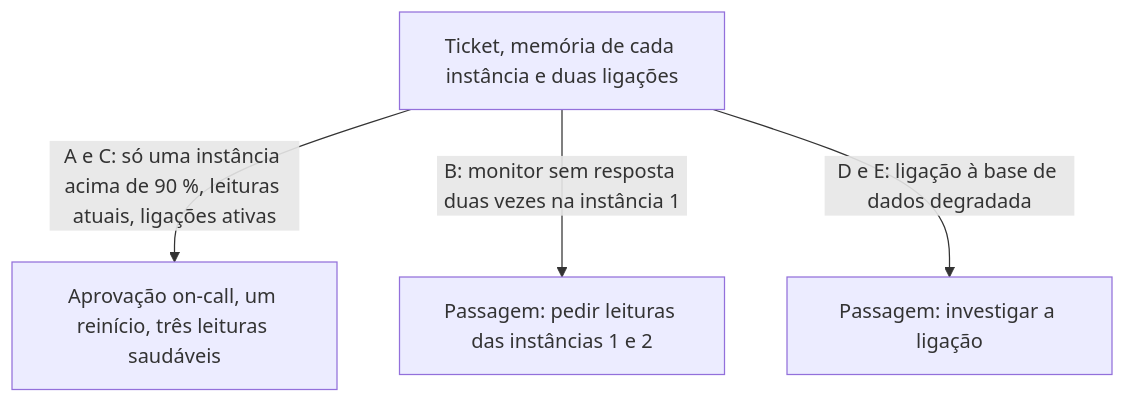
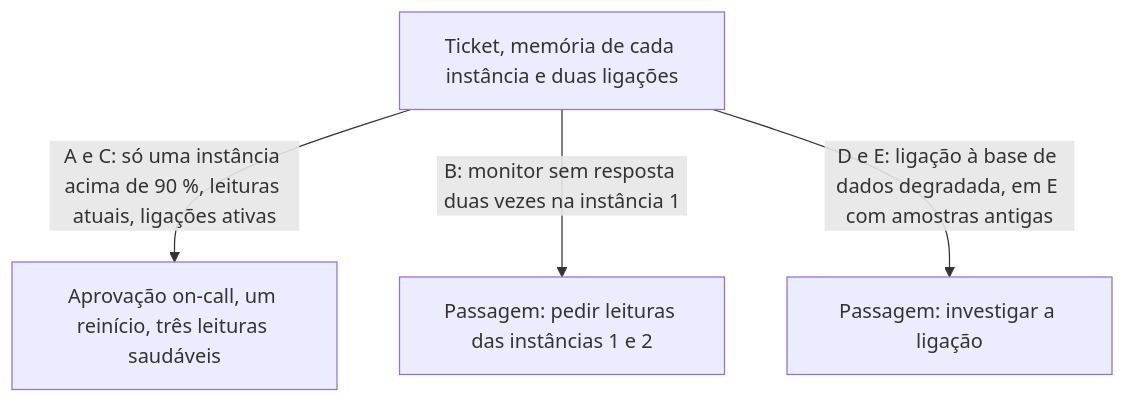
The second of 2 diagrams in projects/course-02-agentic-ai/docs/relatorio.md (jpboliv/meridian-project), drawn with Mermaid before and after one commit. The commit also changed other lines of this file and 4 other files, not shown here.

````diff
--- a/projects/course-02-agentic-ai/docs/relatorio.md
+++ b/projects/course-02-agentic-ai/docs/relatorio.md
@@ -51,7 +77,7 @@
 ```mermaid
 flowchart TD
   inicio["Ticket, memória de cada instância e duas ligações"]
   inicio -- "A e C: só uma instância acima de 90 %, leituras atuais, ligações ativas" --> reinicio["Aprovação on-call, um reinício, três leituras saudáveis"]
   inicio -- "B: monitor sem resposta duas vezes na instância 1" --> faltas["Passagem: pedir leituras das instâncias 1 e 2"]
-  inicio -- "D e E: ligação à base de dados degradada" --> ligacao["Passagem: investigar a ligação"]
+  inicio -- "D e E: ligação à base de dados degradada, em E com amostras antigas" --> ligacao["Passagem: investigar a ligação"]
 ```
````
